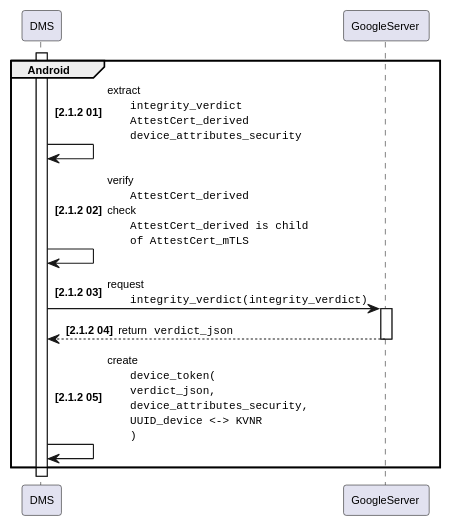
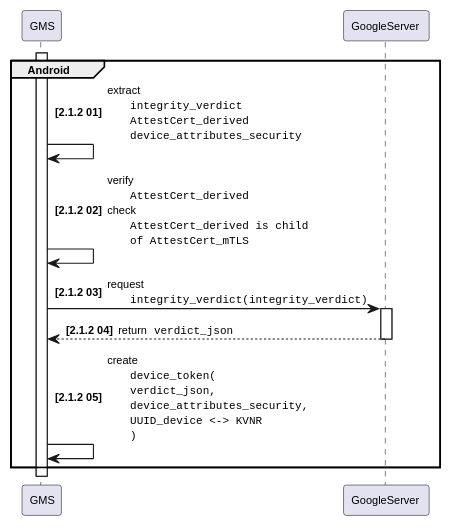
The second of 4 diagrams in content/en/docs/rfcs/dsr-rfc-02/_index.md (gematik/poc-dsr-documentation), drawn with PlantUML before and after one commit. The commit also changed other lines of this file and 15 other files, not shown here.

Commit message:
resolved GMS - DMS ambiguity

````diff
--- a/content/en/docs/rfcs/dsr-rfc-02/_index.md
+++ b/content/en/docs/rfcs/dsr-rfc-02/_index.md
@@ -49,18 +49,18 @@
 ```plantuml
 @startuml
 autonumber "<b>['2.1.2' 00]"
 skinparam defaultFontSize 10
 skinparam DefaultMonospacedFontName Courier
 skinparam lengthAdjust none
 
-activate DMS
+activate GMS
 
 group Android
-DMS -> DMS: extract\n\t""integrity_verdict""\n\t""AttestCert_derived""\n\t""device_attributes_security""
-DMS -> DMS: verify\n\t""AttestCert_derived""\ncheck\n\t""AttestCert_derived is child""\n\t""of AttestCert_mTLS""
-DMS -> GoogleServer ++: request\n\t""integrity_verdict(integrity_verdict)""
+GMS -> GMS: extract\n\t""integrity_verdict""\n\t""AttestCert_derived""\n\t""device_attributes_security""
+GMS -> GMS: verify\n\t""AttestCert_derived""\ncheck\n\t""AttestCert_derived is child""\n\t""of AttestCert_mTLS""
+GMS -> GoogleServer ++: request\n\t""integrity_verdict(integrity_verdict)""
 return return ""verdict_json""
-DMS -> DMS: create\n\t""device_token(""\n\t""verdict_json,""\n\t""device_attributes_security,""\n\t""UUID_device <-> KVNR""\n\t"")""
+GMS -> GMS: create\n\t""device_token(""\n\t""verdict_json,""\n\t""device_attributes_security,""\n\t""UUID_device <-> KVNR""\n\t"")""
 
 end
 ```
````
